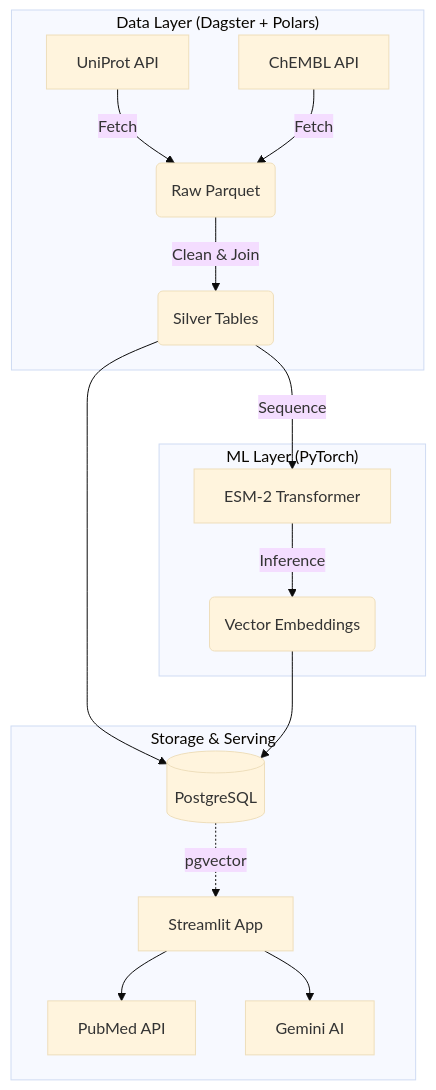
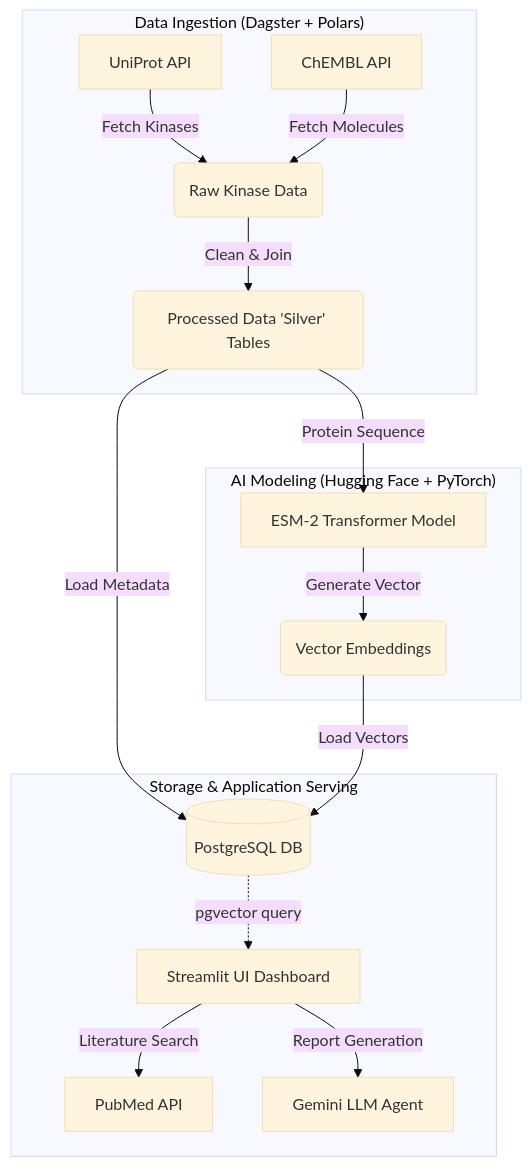
One commit to edwardchalstrey1/open_target_graph changed the diagram in README.md. Above: the diagram before and after it, drawn with Mermaid (base theme). The commit also changed other lines of this file, not shown here.

Commit message:
update install instructions and mermaid diagram

````diff
--- a/README.md
+++ b/README.md
@@ -50,21 +50,21 @@
 ```mermaid
 graph TD
-    subgraph "Data Layer (Dagster + Polars)"
-        A[UniProt API] -->|Fetch| B(Raw Parquet)
-        C[ChEMBL API] -->|Fetch| B
-        B -->|Clean & Join| D(Silver Tables)
+    subgraph "Data Ingestion (Dagster + Polars)"
+        A[UniProt API] -->|Fetch Kinases| B(Raw Kinase Data)
+        C[ChEMBL API] -->|Fetch Molecules| B
+        B -->|Clean & Join| D(Processed Data 'Silver' Tables)
     end
 
-    subgraph "ML Layer (PyTorch)"
-        D -->|Sequence| E[ESM-2 Transformer]
-        E -->|Inference| F(Vector Embeddings)
+    subgraph "AI Modeling (Hugging Face + PyTorch)"
+        D -->|Protein Sequence| E[ESM-2 Transformer Model]
+        E -->|Generate Vector| F(Vector Embeddings)
     end
 
-    subgraph "Storage & Serving"
-        D --> G[(PostgreSQL)]
-        F --> G
-        G -.->|pgvector| H[Streamlit App]
-        H --> I[PubMed API]
-        H --> J[Gemini AI]
+    subgraph "Storage & Application Serving"
+        D -->|Load Metadata| G[(PostgreSQL DB)]
+        F -->|Load Vectors| G
+        G -.->|pgvector query| H[Streamlit UI Dashboard]
+        H -->|Literature Search| I[PubMed API]
+        H -->|Report Generation| J[Gemini LLM Agent]
     end
 ```
````
